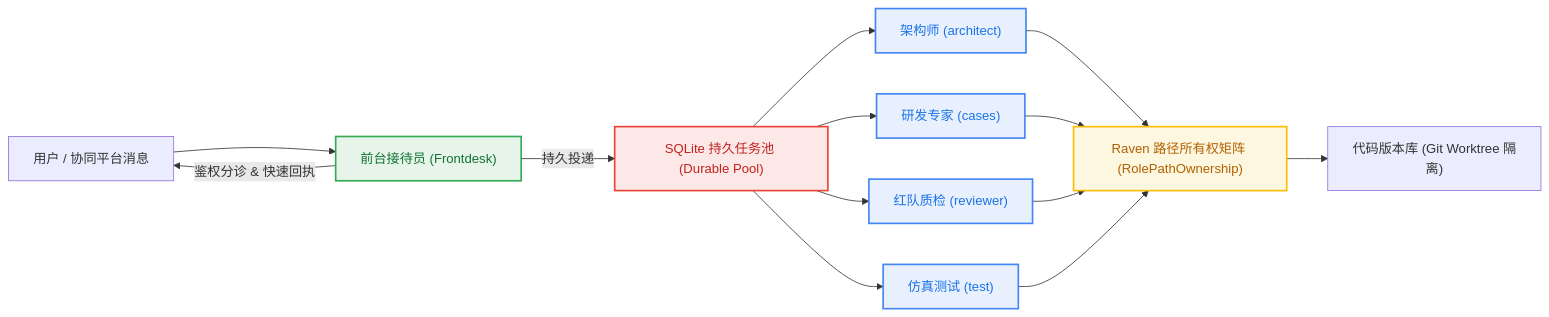
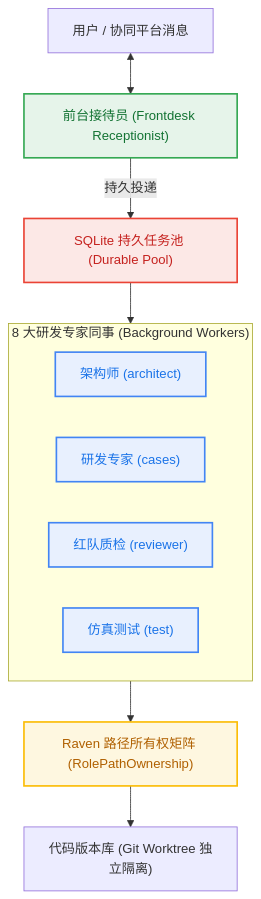
One commit to caixuf/super-agent changed the first of 4 diagrams in docs/wiki/03-Multi-Agent-and-StateGraph.md. Above: the diagram before and after it, drawn with Mermaid. The commit also changed other lines of this file and 6 other files, not shown here.

Commit message:
docs(wiki): add _Sidebar navigation, optimize diagram legibility, and add bi-directional chapter navigation

````diff
--- a/docs/wiki/03-Multi-Agent-and-StateGraph.md
+++ b/docs/wiki/03-Multi-Agent-and-StateGraph.md
@@ -16,19 +16,22 @@
 ```mermaid
-graph LR
+graph TD
     classDef front fill:#E6F4EA,stroke:#34A853,stroke-width:2px,color:#137333;
     classDef pool fill:#FCE8E6,stroke:#EA4335,stroke-width:2px,color:#C5221F;
     classDef dev fill:#E8F0FE,stroke:#4285F4,stroke-width:2px,color:#1A73E8;
     classDef guard fill:#FEF7E0,stroke:#FBBC04,stroke-width:2px,color:#B06000;
 
-    User["用户 / 协同平台消息"] --> Frontdesk["前台接待员 (Frontdesk)"]:::front
-    Frontdesk -->|鉴权分诊 & 快速回执| User
+    User["用户 / 协同平台消息"] <--> Frontdesk["前台接待员 (Frontdesk Receptionist)"]:::front
     Frontdesk -->|持久投递| Queue["SQLite 持久任务池 (Durable Pool)"]:::pool
 
-    Queue --> Worker1["架构师 (architect)"]:::dev
-    Queue --> Worker2["研发专家 (cases)"]:::dev
-    Queue --> Worker3["红队质检 (reviewer)"]:::dev
-    Queue --> Worker4["仿真测试 (test)"]:::dev
+    subgraph Workers ["8 大研发专家同事 (Background Workers)"]
+        direction LR
+        Worker1["架构师 (architect)"]:::dev
+        Worker2["研发专家 (cases)"]:::dev
+        Worker3["红队质检 (reviewer)"]:::dev
+        Worker4["仿真测试 (test)"]:::dev
+    end
 
-    Worker1 & Worker2 & Worker3 & Worker4 --> Raven["Raven 路径所有权矩阵 (RolePathOwnership)"]:::guard
-    Raven --> CodeRepo["代码版本库 (Git Worktree 隔离)"]
+    Queue --> Workers
+    Workers --> Raven["Raven 路径所有权矩阵 (RolePathOwnership)"]:::guard
+    Raven --> CodeRepo["代码版本库 (Git Worktree 独立隔离)"]
 ```
````
